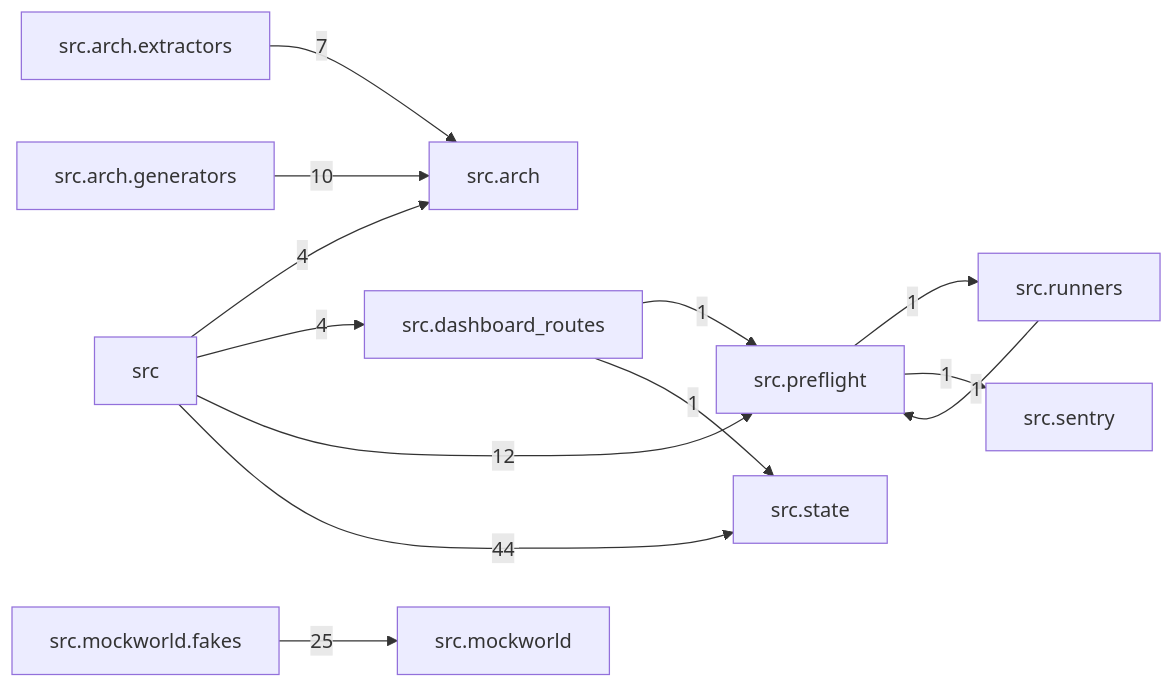
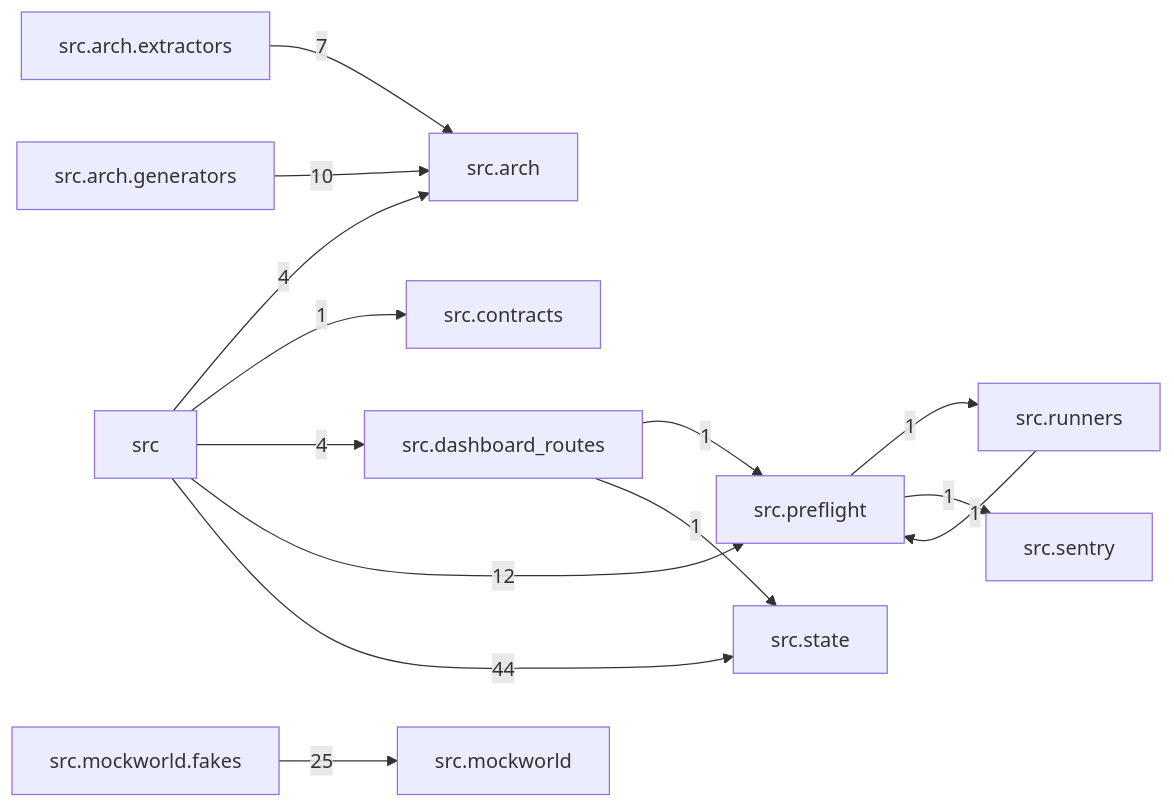
Before and after one commit to T-rav/hyrdaflow: the diagram in docs/arch/generated/modules.md, drawn with Mermaid. The commit also changed other lines of this file and 15 other files, not shown here.

````diff
--- a/docs/arch/generated/modules.md
+++ b/docs/arch/generated/modules.md
@@ -7,26 +7,28 @@
 ```mermaid
 graph LR
     src["src"]
     src_arch["src.arch"]
     src_arch_extractors["src.arch.extractors"]
     src_arch_generators["src.arch.generators"]
+    src_contracts["src.contracts"]
     src_dashboard_routes["src.dashboard_routes"]
     src_mockworld["src.mockworld"]
     src_mockworld_fakes["src.mockworld.fakes"]
     src_preflight["src.preflight"]
     src_runners["src.runners"]
     src_sentry["src.sentry"]
     src_state["src.state"]
     src -- "4" --> src_arch
+    src -- "1" --> src_contracts
     src -- "4" --> src_dashboard_routes
     src -- "12" --> src_preflight
     src -- "44" --> src_state
     src_arch_extractors -- "7" --> src_arch
     src_arch_generators -- "10" --> src_arch
     src_dashboard_routes -- "1" --> src_preflight
     src_dashboard_routes -- "1" --> src_state
     src_mockworld_fakes -- "25" --> src_mockworld
     src_preflight -- "1" --> src_runners
     src_preflight -- "1" --> src_sentry
     src_runners -- "1" --> src_preflight
 ```
````
